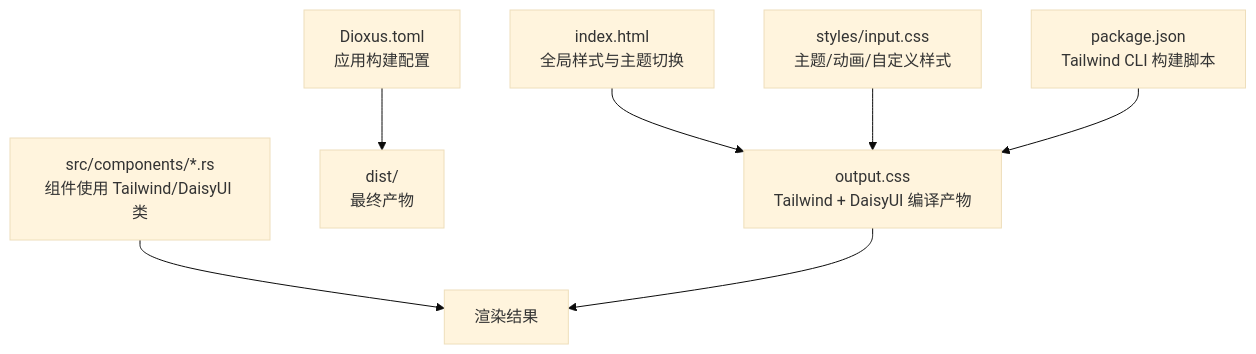
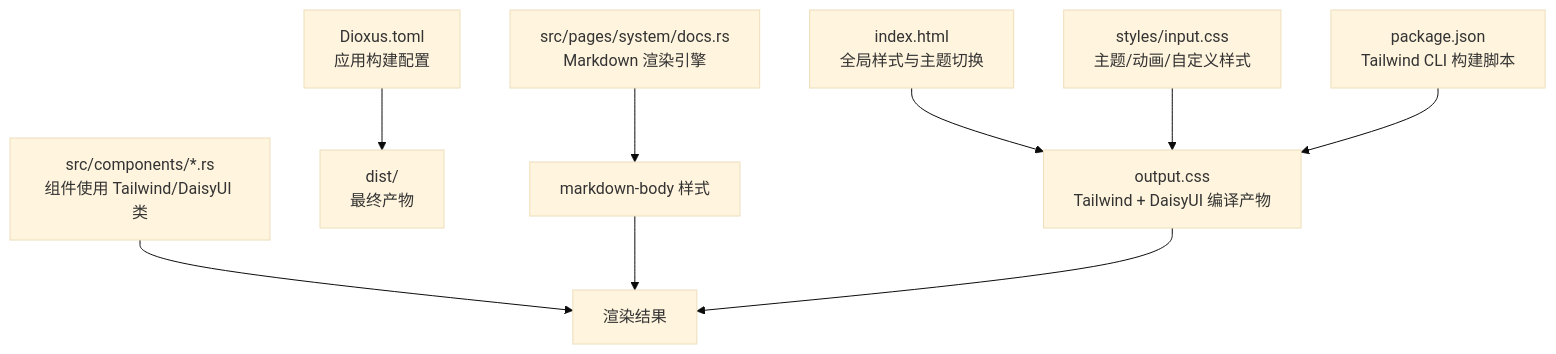
The first of 3 diagrams in .qoder/repowiki/zh/content/前端应用/UI 样式与主题.md (runningcoders/ai_orz), drawn with Mermaid (base theme) before and after one commit. The commit also changed other lines of this file and 338 other files, not shown here.

````diff
--- a/.qoder/repowiki/zh/content/前端应用/UI 样式与主题.md
+++ b/.qoder/repowiki/zh/content/前端应用/UI 样式与主题.md
@@ -41,9 +51,11 @@
 ```mermaid
 graph TB
 A["index.html<br/>全局样式与主题切换"] --> B["output.css<br/>Tailwind + DaisyUI 编译产物"]
 C["styles/input.css<br/>主题/动画/自定义样式"] --> B
 D["package.json<br/>Tailwind CLI 构建脚本"] --> B
 E["Dioxus.toml<br/>应用构建配置"] --> F["dist/<br/>最终产物"]
 G["src/components/*.rs<br/>组件使用 Tailwind/DaisyUI 类"] --> H["渲染结果"]
+I["src/pages/system/docs.rs<br/>Markdown 渲染引擎"] --> J["markdown-body 样式"]
+J --> H
 B --> H
 ```
````
